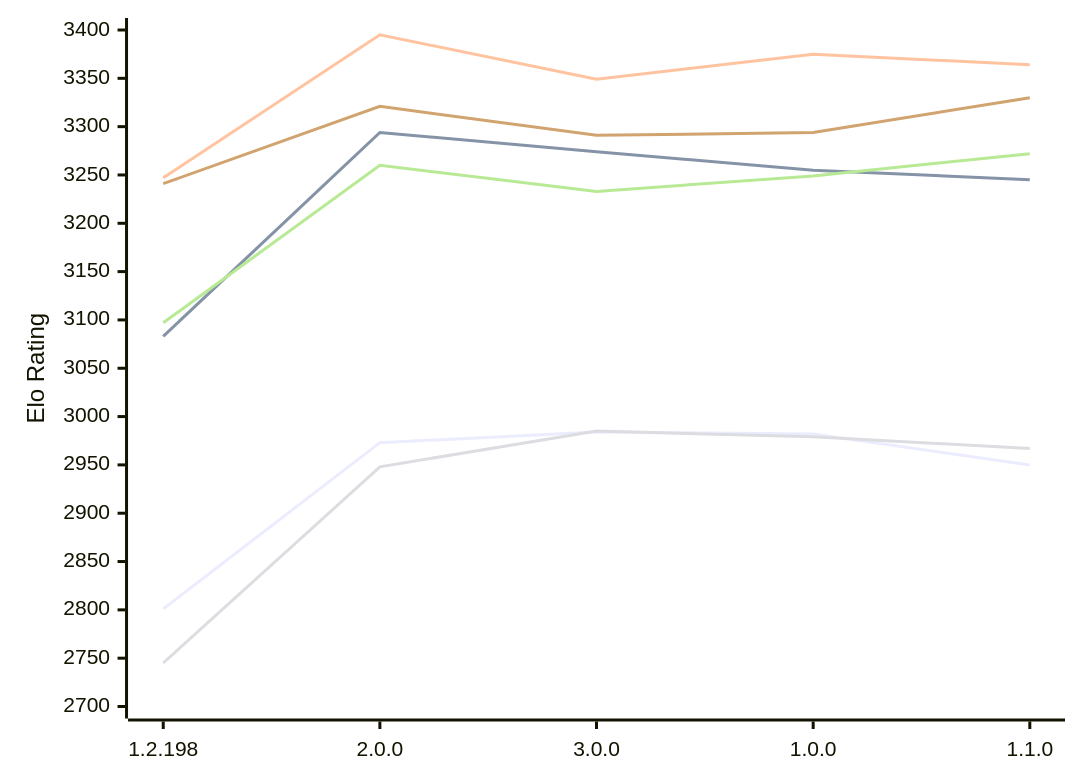
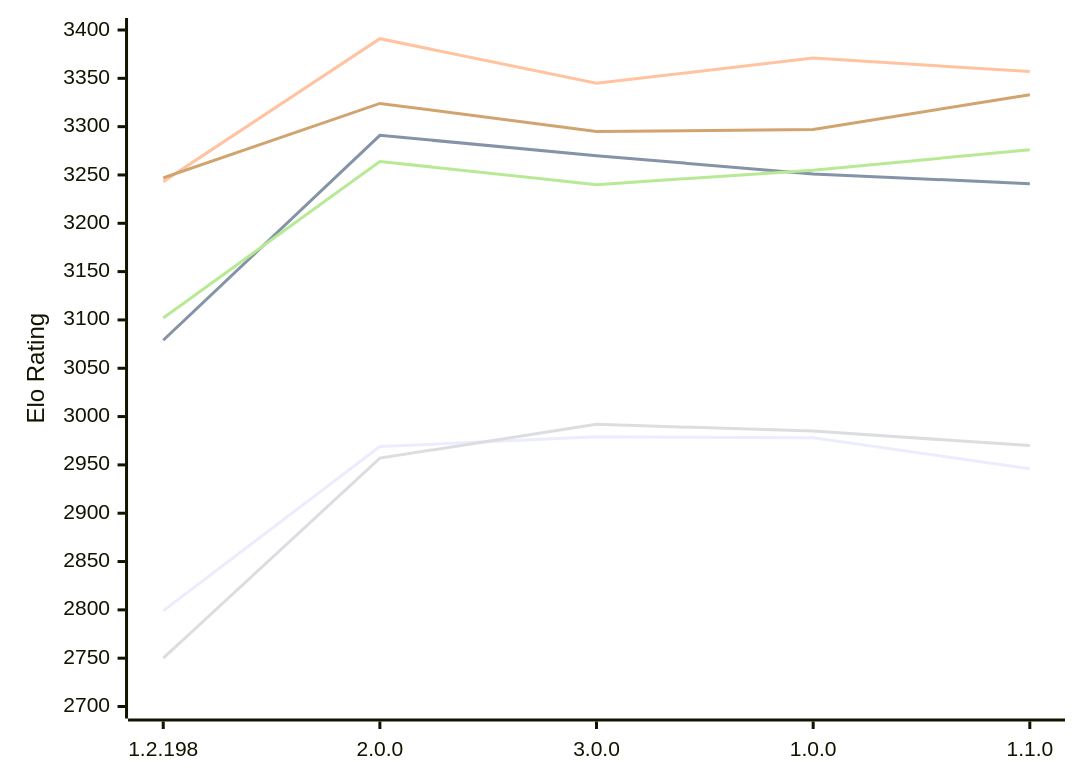
Before and after one commit to computer-chess-index/cci: the diagram in engines/Trebuchet.md, drawn with Mermaid. The commit also changed other lines of this file, not shown here.

Commit message:
Update CCI Ratings (ELO VLTC) - 2026-11-21

````diff
--- a/engines/Trebuchet.md
+++ b/engines/Trebuchet.md
@@ -55,12 +55,12 @@
 ```mermaid
 %%{init: {"theme":"base","themeVariables":{"seriesColors:['#a3a3a3','#222221','#faa371']}}}%%
 xychart-beta
   x-axis ["1.2.198", "2.0.0", "3.0.0", "1.0.0", "1.1.0"]
   y-axis "Elo Rating" 2700 --> 3400
-  line "E1: STC (8.0+0.08s)" [2801, 2973, 2984, 2982, 2950]
-  line "E1: LTC (60.0+0.60s)" [3083, 3294, 3274, 3255, 3245]
-  line "E1: VLTC (2m24s+1.12s)" [3247, 3395, 3349, 3375, 3364]
-  line "P1: STC (8.0+0.08s)" [2745, 2948, 2985, 2979, 2967]
-  line "P1: LTC (60.0+0.60s)" [3097, 3260, 3233, 3249, 3272]
-  line "P1: VLTC (2m24s+1.12s)" [3241, 3321, 3291, 3294, 3330]
+  line "E1: STC (8.0+0.08s)" [2799, 2969, 2979, 2978, 2946]
+  line "E1: LTC (60.0+0.60s)" [3079, 3291, 3270, 3251, 3241]
+  line "E1: VLTC (2m24s+1.12s)" [3243, 3391, 3345, 3371, 3357]
+  line "P1: STC (8.0+0.08s)" [2750, 2957, 2992, 2985, 2970]
+  line "P1: LTC (60.0+0.60s)" [3102, 3264, 3240, 3255, 3276]
+  line "P1: VLTC (2m24s+1.12s)" [3247, 3324, 3295, 3297, 3333]
 ```
````
